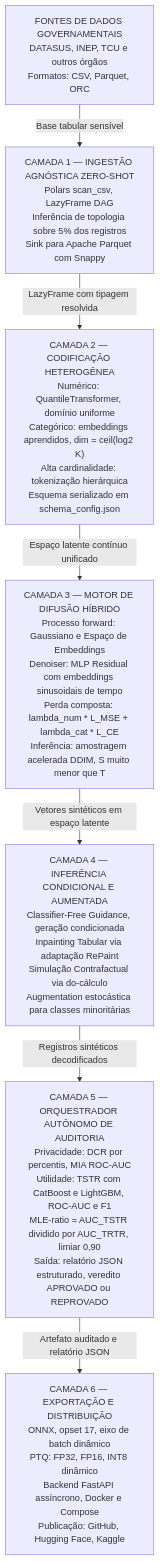
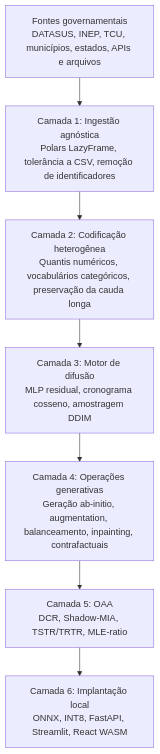
The first of 2 diagrams in README_pt-BR.md (emanuellcs/datalus), drawn with Mermaid before and after one commit. The commit also changed other lines of this file and 20 other files, not shown here.

````diff
--- a/README_pt-BR.md
+++ b/README_pt-BR.md
@@ -74,17 +17,12 @@
 ```mermaid
 flowchart TD
-    A["FONTES DE DADOS GOVERNAMENTAIS\nDATASUS, INEP, TCU e outros órgãos\nFormatos: CSV, Parquet, ORC"]
-    B["CAMADA 1 — INGESTÃO AGNÓSTICA ZERO-SHOT\nPolars scan_csv, LazyFrame DAG\nInferência de topologia sobre 5% dos registros\nSink para Apache Parquet com Snappy"]
-    C["CAMADA 2 — CODIFICAÇÃO HETEROGÊNEA\nNumérico: QuantileTransformer, domínio uniforme\nCategórico: embeddings aprendidos, dim = ceil(log2 K)\nAlta cardinalidade: tokenização hierárquica\nEsquema serializado em schema_config.json"]
-    D["CAMADA 3 — MOTOR DE DIFUSÃO HÍBRIDO\nProcesso forward: Gaussiano e Espaço de Embeddings\nDenoiser: MLP Residual com embeddings sinusoidais de tempo\nPerda composta: lambda_num * L_MSE + lambda_cat * L_CE\nInferência: amostragem acelerada DDIM, S muito menor que T"]
-    E["CAMADA 4 — INFERÊNCIA CONDICIONAL E AUMENTADA\nClassifier-Free Guidance, geração condicionada\nInpainting Tabular via adaptação RePaint\nSimulação Contrafactual via do-cálculo\nAugmentation estocástica para classes minoritárias"]
-    F["CAMADA 5 — ORQUESTRADOR AUTÔNOMO DE AUDITORIA\nPrivacidade: DCR por percentis, MIA ROC-AUC\nUtilidade: TSTR com CatBoost e LightGBM, ROC-AUC e F1\nMLE-ratio = AUC_TSTR dividido por AUC_TRTR, limiar 0,90\nSaída: relatório JSON estruturado, veredito APROVADO ou REPROVADO"]
-    G["CAMADA 6 — EXPORTAÇÃO E DISTRIBUIÇÃO\nONNX, opset 17, eixo de batch dinâmico\nPTQ: FP32, FP16, INT8 dinâmico\nBackend FastAPI assíncrono, Docker e Compose\nPublicação: GitHub, Hugging Face, Kaggle"]
+    A["Fontes governamentais<br/>DATASUS, INEP, TCU, municípios, estados, APIs e arquivos"]
+    B["Camada 1: Ingestão agnóstica<br/>Polars LazyFrame, tolerância a CSV, remoção de identificadores"]
+    C["Camada 2: Codificação heterogênea<br/>Quantis numéricos, vocabulários categóricos, preservação da cauda longa"]
+    D["Camada 3: Motor de difusão<br/>MLP residual, cronograma cosseno, amostragem DDIM"]
+    E["Camada 4: Operações generativas<br/>Geração ab-initio, augmentation, balanceamento, inpainting, contrafactuais"]
+    F["Camada 5: OAA<br/>DCR, Shadow-MIA, TSTR/TRTR, MLE-ratio"]
+    G["Camada 6: Implantação local<br/>ONNX, INT8, FastAPI, Streamlit, React WASM"]
 
-    A -->|Base tabular sensível| B
-    B -->|LazyFrame com tipagem resolvida| C
-    C -->|Espaço latente contínuo unificado| D
-    D -->|Vetores sintéticos em espaço latente| E
-    E -->|Registros sintéticos decodificados| F
-    F -->|Artefato auditado e relatório JSON| G
+    A --> B --> C --> D --> E --> F --> G
 ```
````
